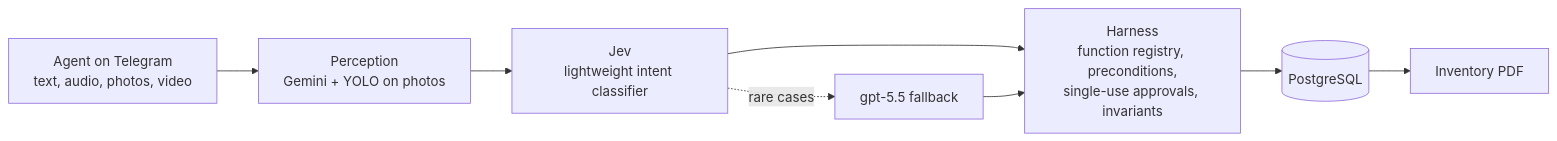
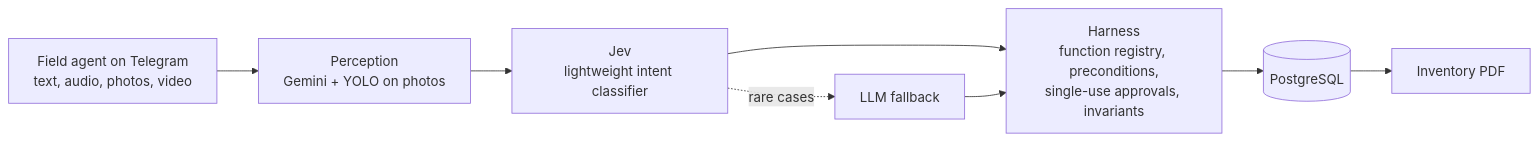
One commit to NatoRemolina/NatoRemolina changed the diagram in README.md. Above: the diagram before and after it, drawn with Mermaid. The commit also changed other lines of this file, not shown here.

````diff
--- a/README.md
+++ b/README.md
@@ -57,10 +67,10 @@
 ```mermaid
 flowchart LR
-    U[Agent on Telegram<br/>text, audio, photos, video] --> P[Perception<br/>Gemini + YOLO on photos]
+    U[Field agent on Telegram<br/>text, audio, photos, video] --> P[Perception<br/>Gemini + YOLO on photos]
     P --> J[Jev<br/>lightweight intent classifier]
-    J -. rare cases .-> L[gpt-5.5 fallback]
+    J -. rare cases .-> L[LLM fallback]
     J --> H[Harness<br/>function registry, preconditions,<br/>single-use approvals, invariants]
     L --> H
     H --> D[(PostgreSQL)]
     D --> R[Inventory PDF]
 ```
````
